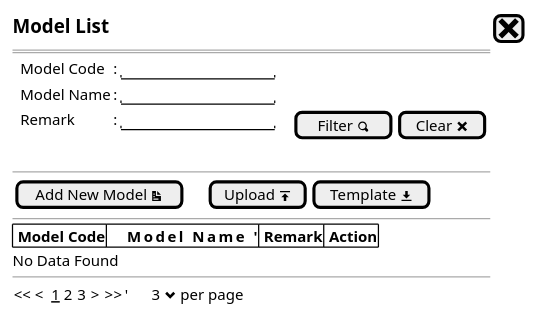
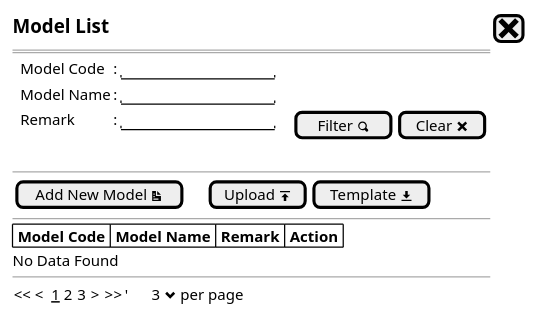
The diagram in Model/model - newstep0.puml (ari-fikri/packing-cost-mockup), drawn with PlantUML before and after one commit. The commit also changed 5 other files, not shown here.

Commit message:
- rename code menjadi model code - rename name menjadi model name - update ouput di grid view menggunakan data real

```diff
--- a/Model/model - newstep0.puml
+++ b/Model/model - newstep0.puml
@@ -1,26 +1,26 @@
 @startsalt
 {
   <size:15><b>Model List |[<size:25><&x>]|*
   ==
   {
       .|Model Code        |: |"               "|*
       .|Model Name  |: |"               "|*
       .|Remark      |: |"               "|.|.|[Filter <&magnifying-glass>]| [Clear <&x>]|*      
   }
   .
   --
   {
   [Add New Model <&document>]|.|.|.|[Upload <&data-transfer-upload>]| [Template <&data-transfer-download>]|* 
   }
   --
   {#
-    |<b> Model Code |<b>     Model Name        '|<b> Remark |<b> Action |*|*|*
+    |<b> Model Code |<b> Model Name |<b> Remark |<b> Action |*|*|*
   }
   No Data Found
   --
   {
   << <  __1__ 2 3  > >>  |'      3 <&chevron-bottom> per page |*
   }
 
 }
 @endsalt
```
